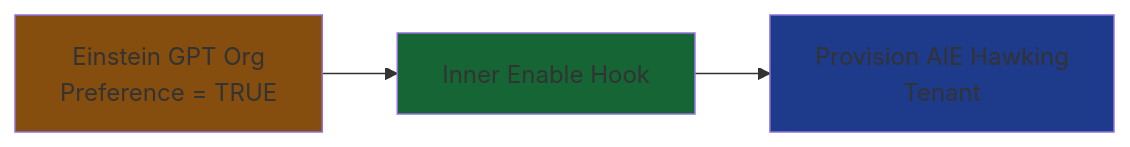
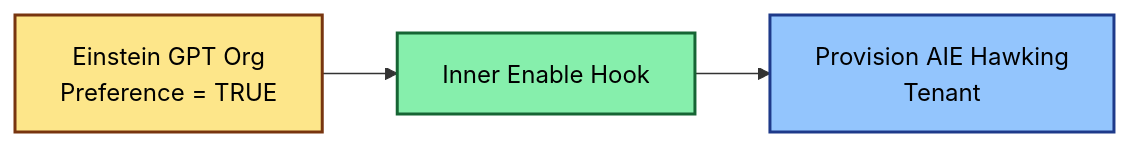
Before and after one commit to arupsarkar-sfdc/Misc: the tenth of 11 diagrams in agentforce/observability/README_Agentforce_Observability_System_Architecture.md, drawn with Mermaid. The commit also changed other lines of this file, not shown here.

````diff
--- a/agentforce/observability/README_Agentforce_Observability_System_Architecture.md
+++ b/agentforce/observability/README_Agentforce_Observability_System_Architecture.md
@@ -1070,9 +1076,9 @@
 ```mermaid
 graph LR
     A[Einstein GPT Org<br/>Preference = TRUE] --> B[Inner Enable Hook]
     B --> C[Provision AIE Hawking<br/>Tenant]
     
-    style A fill:#854d0e
-    style B fill:#166534
-    style C fill:#1e3a8a
+    style A fill:#fde68a,stroke:#78350f,stroke-width:2px,color:#000
+    style B fill:#86efac,stroke:#166534,stroke-width:2px,color:#000
+    style C fill:#93c5fd,stroke:#1e3a8a,stroke-width:2px,color:#000
 ```
````
